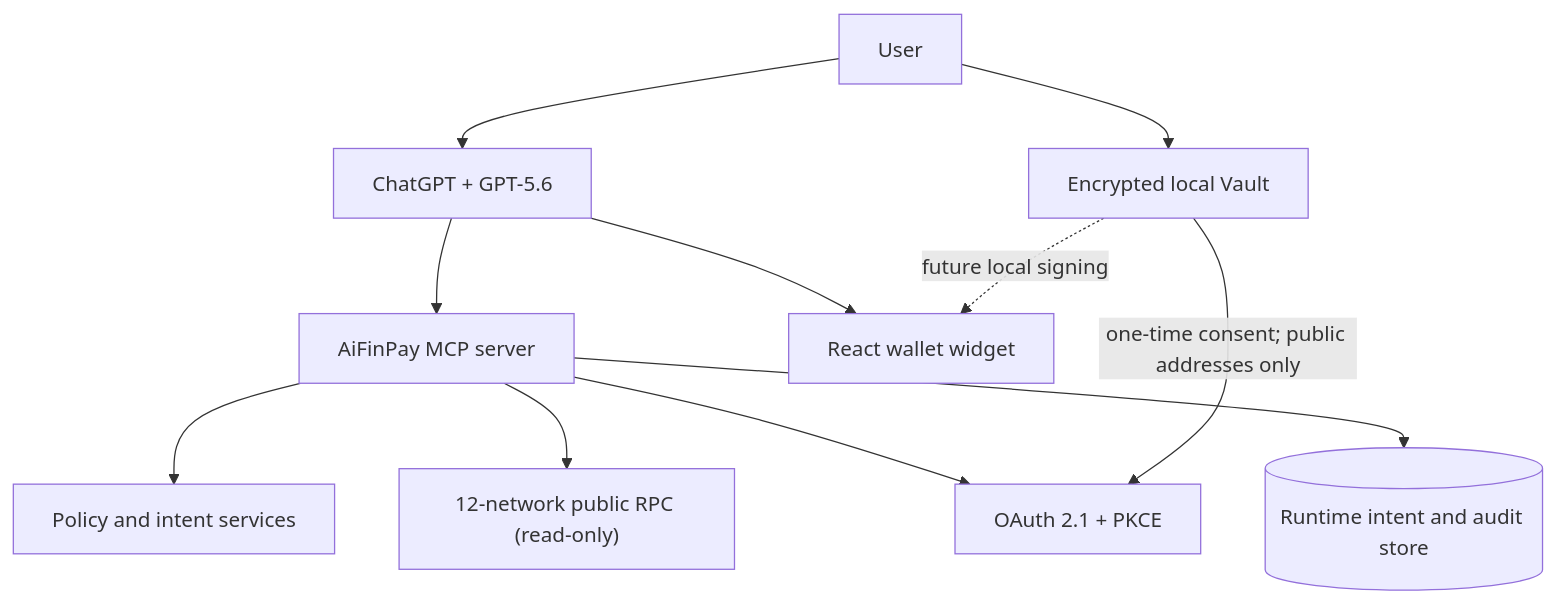
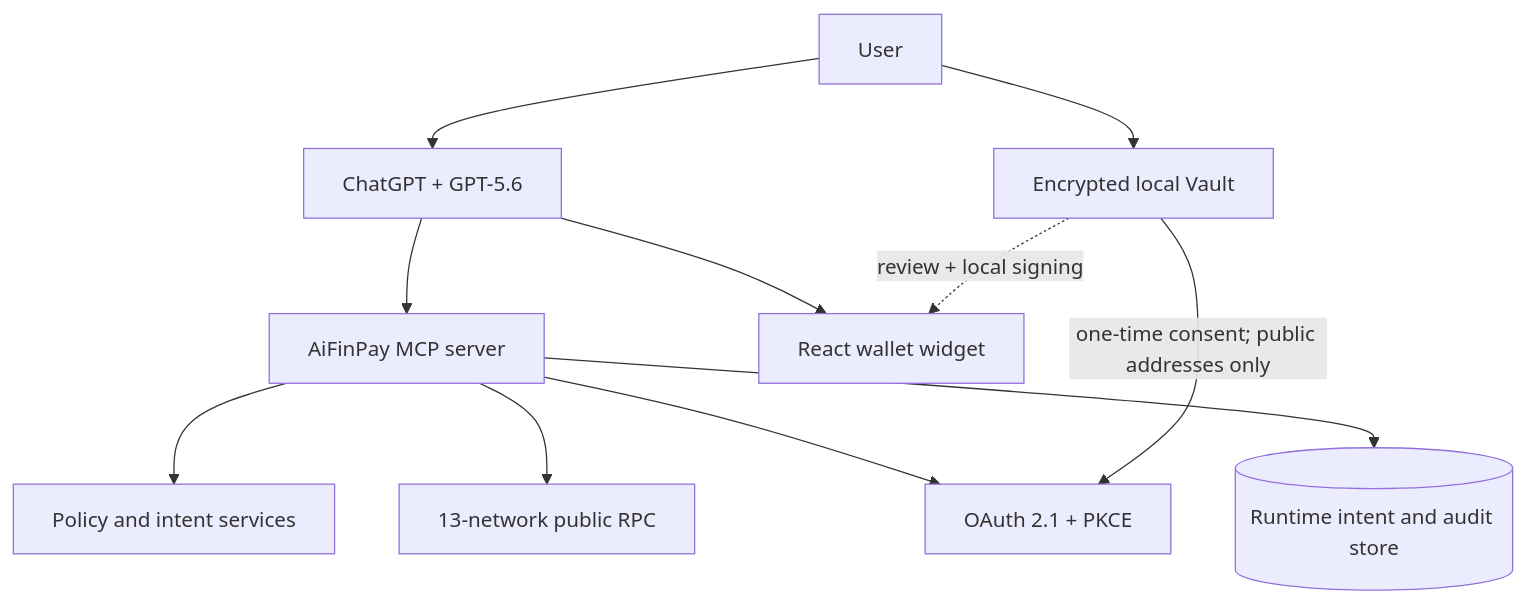
The diagram in README.md (coinsecuritiescompany/GPT-wallet-AiFinPay), drawn with Mermaid before and after one commit. The commit also changed other lines of this file and 70 other files, not shown here.

````diff
--- a/README.md
+++ b/README.md
@@ -58,13 +59,13 @@
 ```mermaid
 flowchart TD
     U["User"] --> C["ChatGPT + GPT-5.6"]
     C --> M["AiFinPay MCP server"]
     M --> P["Policy and intent services"]
-    M --> R["12-network public RPC (read-only)"]
+    M --> R["13-network public RPC"]
     M --> A["OAuth 2.1 + PKCE"]
     M --> D[("Runtime intent and audit store")]
     C --> W["React wallet widget"]
     U --> V["Encrypted local Vault"]
     V -->|"one-time consent; public addresses only"| A
-    V -. "future local signing" .-> W
+    V -. "review + local signing" .-> W
 ```
````
